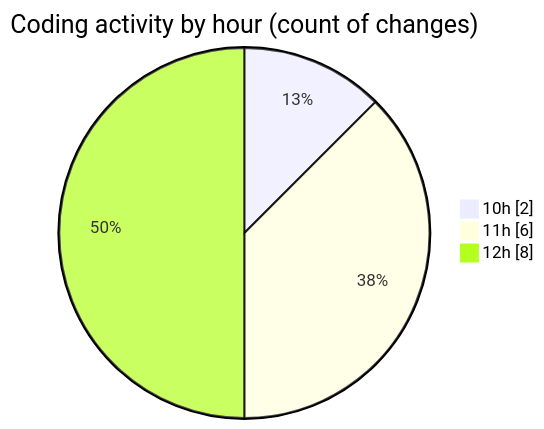
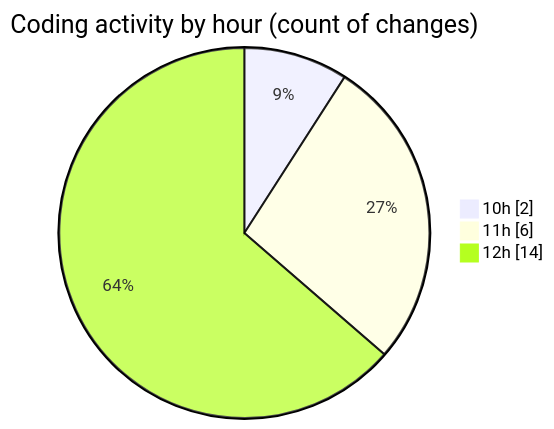
The second of 2 diagrams in 2025-10-22/eventscop-frontend-guide__workspace_/README.md (julien-gomy/code-tracking), drawn with Mermaid before and after one commit. The commit also changed other lines of this file and 1 other file, not shown here.

````diff
--- a/2025-10-22/eventscop-frontend-guide__workspace_/README.md
+++ b/2025-10-22/eventscop-frontend-guide__workspace_/README.md
@@ -33,7 +35,7 @@
 ```mermaid
 pie showData
 title Coding activity by hour (count of changes)
 "10h" : 2
 "11h" : 6
-"12h" : 8
+"12h" : 14
 ```
````
